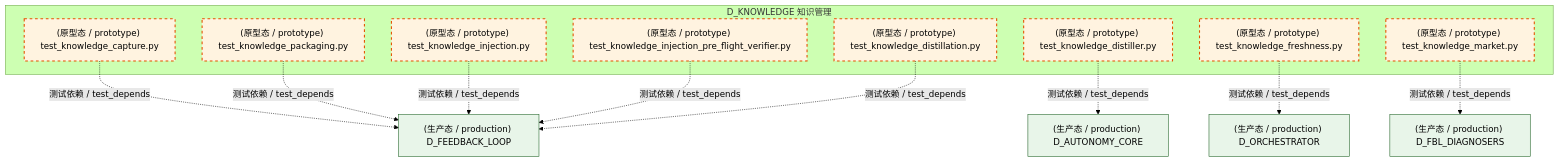
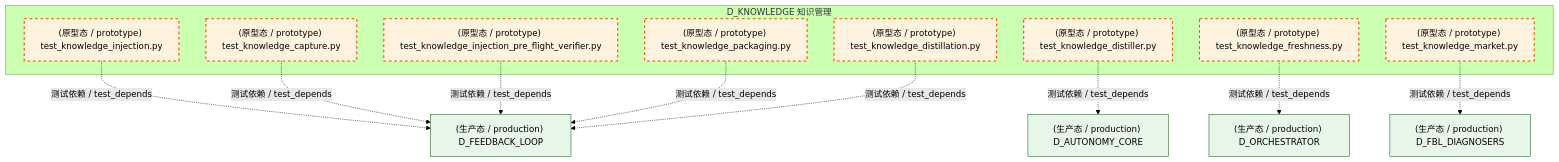
Before and after one commit to xuanFelixVan/ZephyrAlpha: the second of 5 diagrams in docs/02_enterprise_architecture/02_domain_architecture_docs/48_d_knowledge.md, drawn with Mermaid (forest theme). The commit also changed other lines of this file and 126 other files, not shown here.

````diff
--- a/docs/02_enterprise_architecture/02_domain_architecture_docs/48_d_knowledge.md
+++ b/docs/02_enterprise_architecture/02_domain_architecture_docs/48_d_knowledge.md
@@ -174,31 +174,31 @@
 ```mermaid
 graph TD
     subgraph D_KNOWLEDGE["D_KNOWLEDGE 知识管理"]
         tests_knowledge_engine_test_knowledge_capture_py["(原型态 / prototype) test_knowledge_capture.py"]
         tests_knowledge_engine_test_knowledge_distillation_py["(原型态 / prototype) test_knowledge_distillation.py"]
         tests_knowledge_engine_test_knowledge_distiller_py["(原型态 / prototype) test_knowledge_distiller.py"]
         tests_knowledge_engine_test_knowledge_freshness_py["(原型态 / prototype) test_knowledge_freshness.py"]
         tests_knowledge_engine_test_knowledge_injection_py["(原型态 / prototype) test_knowledge_injection.py"]
         tests_knowledge_engine_test_knowledge_injection_pre_flight_verifier_py["(原型态 / prototype) test_knowledge_injection_pre_flight_verifier.py"]
         tests_knowledge_engine_test_knowledge_market_py["(原型态 / prototype) test_knowledge_market.py"]
         tests_knowledge_engine_test_knowledge_packaging_py["(原型态 / prototype) test_knowledge_packaging.py"]
     end
-    D_FEEDBACK_LOOP["(生产态 / production) D_FEEDBACK_LOOP"]
-    tests_knowledge_engine_test_knowledge_capture_py -.->|测试依赖 / test_depends| D_FEEDBACK_LOOP
-    tests_knowledge_engine_test_knowledge_packaging_py -.->|测试依赖 / test_depends| D_FEEDBACK_LOOP
     D_ORCHESTRATOR["(生产态 / production) D_ORCHESTRATOR"]
     tests_knowledge_engine_test_knowledge_freshness_py -.->|测试依赖 / test_depends| D_ORCHESTRATOR
+    D_FEEDBACK_LOOP["(生产态 / production) D_FEEDBACK_LOOP"]
     tests_knowledge_engine_test_knowledge_injection_py -.->|测试依赖 / test_depends| D_FEEDBACK_LOOP
+    tests_knowledge_engine_test_knowledge_capture_py -.->|测试依赖 / test_depends| D_FEEDBACK_LOOP
     tests_knowledge_engine_test_knowledge_injection_pre_flight_verifier_py -.->|测试依赖 / test_depends| D_FEEDBACK_LOOP
     D_FBL_DIAGNOSERS["(生产态 / production) D_FBL_DIAGNOSERS"]
     tests_knowledge_engine_test_knowledge_market_py -.->|测试依赖 / test_depends| D_FBL_DIAGNOSERS
+    tests_knowledge_engine_test_knowledge_packaging_py -.->|测试依赖 / test_depends| D_FEEDBACK_LOOP
     tests_knowledge_engine_test_knowledge_distillation_py -.->|测试依赖 / test_depends| D_FEEDBACK_LOOP
     D_AUTONOMY_CORE["(生产态 / production) D_AUTONOMY_CORE"]
     tests_knowledge_engine_test_knowledge_distiller_py -.->|测试依赖 / test_depends| D_AUTONOMY_CORE
     classDef production fill:#e1f5fe,stroke:#01579b,stroke-width:2px,color:#000
     classDef design fill:#fff3e0,stroke:#e65100,stroke-width:2px,color:#000,stroke-dasharray: 5 5
     classDef external_prod fill:#e8f5e9,stroke:#1b5e20,stroke-width:1px,color:#000
     classDef external_design fill:#fce4ec,stroke:#880e4f,stroke-width:1px,color:#000,stroke-dasharray: 5 5
     class tests_knowledge_engine_test_knowledge_capture_py,tests_knowledge_engine_test_knowledge_distillation_py,tests_knowledge_engine_test_knowledge_distiller_py,tests_knowledge_engine_test_knowledge_freshness_py,tests_knowledge_engine_test_knowledge_injection_py,tests_knowledge_engine_test_knowledge_injection_pre_flight_verifier_py,tests_knowledge_engine_test_knowledge_market_py,tests_knowledge_engine_test_knowledge_packaging_py design
-    class D_FEEDBACK_LOOP,D_ORCHESTRATOR,D_FBL_DIAGNOSERS,D_AUTONOMY_CORE external_prod
+    class D_ORCHESTRATOR,D_FEEDBACK_LOOP,D_FBL_DIAGNOSERS,D_AUTONOMY_CORE external_prod
 ```
````
